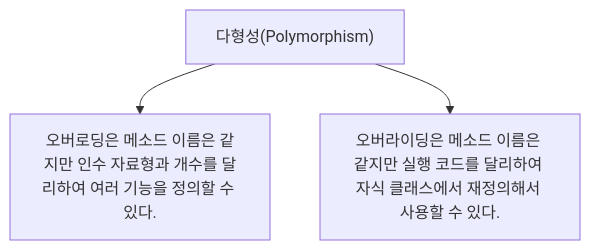
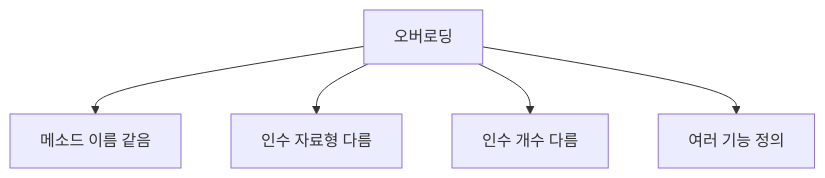
The fifth of 11 diagrams in 정보처리기사/1과목 소프트웨어 설계/035 다형성(Polymorphism)/035 다형성(Polymorphism).md (nes0903/study), drawn with Mermaid before and after one commit. The commit also changed other lines of this file and 318 other files, not shown here.

````diff
--- a/정보처리기사/1과목 소프트웨어 설계/035 다형성(Polymorphism)/035 다형성(Polymorphism).md
+++ b/정보처리기사/1과목 소프트웨어 설계/035 다형성(Polymorphism)/035 다형성(Polymorphism).md
@@ -13,6 +115,8 @@
 ```mermaid
 flowchart TD
-    A["다형성(Polymorphism)"]
-    A --> N1["오버로딩은 메소드 이름은 같지만 인수 자료형과 개수를 달리하여 여러 기능을 정의할 수 있다."]
-    A --> N2["오버라이딩은 메소드 이름은 같지만 실행 코드를 달리하여 자식 클래스에서 재정의해서 사용할 수 있다."]
+    A["오버로딩"]
+    A --> B["메소드 이름 같음"]
+    A --> C["인수 자료형 다름"]
+    A --> D["인수 개수 다름"]
+    A --> E["여러 기능 정의"]
 ```
````
